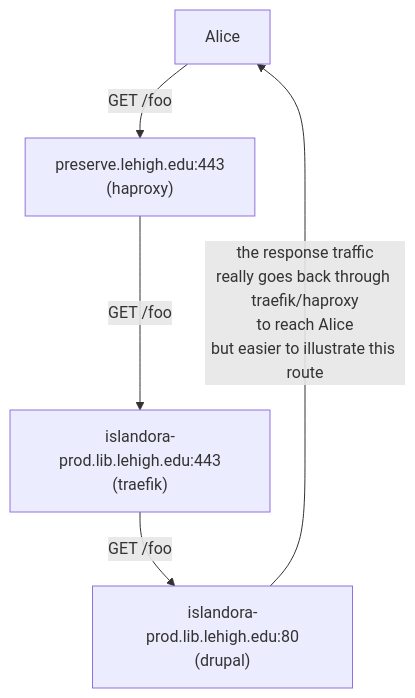
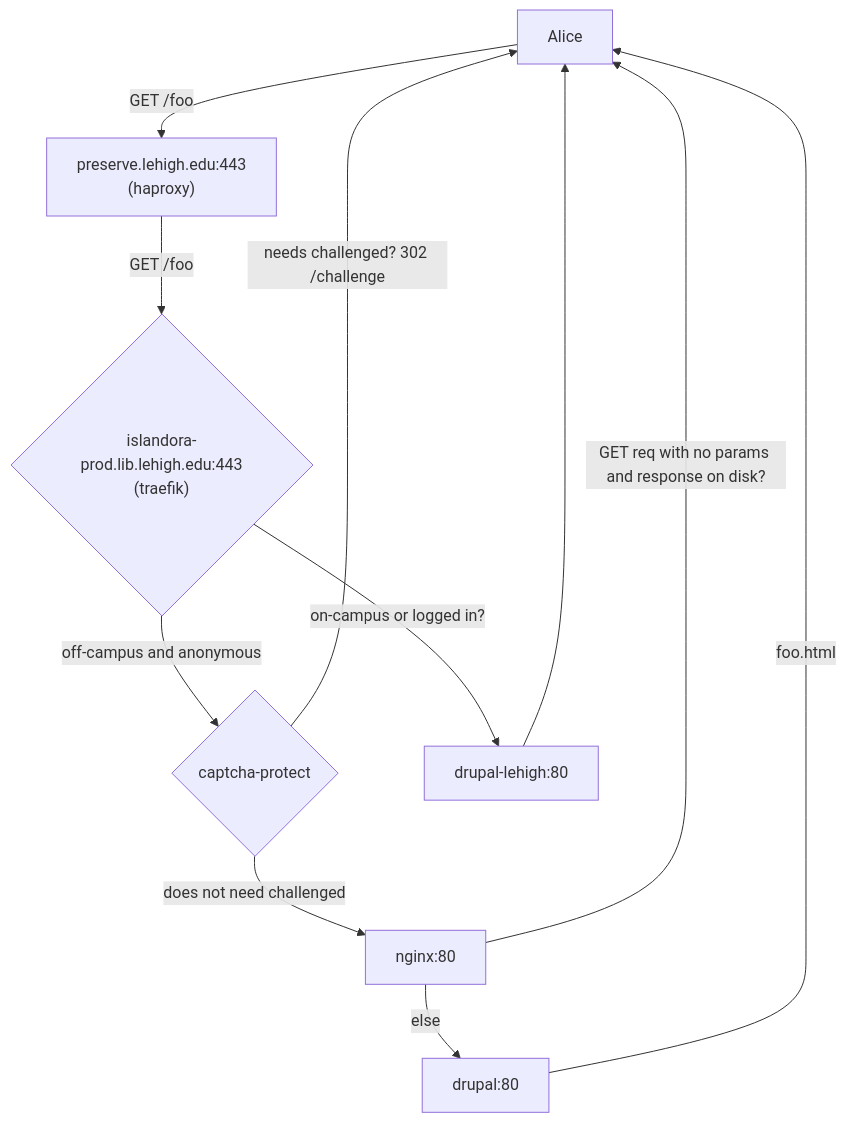
The first of 2 diagrams in README.md (lehigh-university-libraries/isle-preserve), drawn with Mermaid before and after one commit. The commit also changed 25 other files, not shown here.

Commit message:
High(er) availability rollouts (#26)

````diff
--- a/README.md
+++ b/README.md
@@ -34,11 +34,20 @@
 ```mermaid
 flowchart TD
     Alice[Alice]
     haproxy["preserve.lehigh.edu:443<br>(haproxy)"]
-    islandora-traefik["islandora-prod.lib.lehigh.edu:443<br>(traefik)"]
-    islandora-nginx-drupal["islandora-prod.lib.lehigh.edu:80<br>(drupal)"]
+    islandora-traefik{"islandora-prod.lib.lehigh.edu:443<br>(traefik)"}
+    captcha-protect{"captcha-protect"}
+    nginx["nginx:80"]
+    drupal-lehigh["drupal-lehigh:80"]
+    drupal["drupal:80"]
     Alice -- GET /foo --> haproxy
     haproxy -- GET /foo --> islandora-traefik
-    islandora-traefik -- GET /foo --> islandora-nginx-drupal
-    islandora-nginx-drupal -- "the response traffic<br>really goes back through traefik/haproxy<br>to reach Alice<br>but easier to illustrate this route" --> Alice
+    islandora-traefik -- off-campus and anonymous --> captcha-protect
+    islandora-traefik -- on-campus or logged in? --> drupal-lehigh
+    drupal-lehigh --> Alice
+    captcha-protect -- needs challenged? 302 /challenge --> Alice
+    captcha-protect -- does not need challenged --> nginx
+    nginx -- GET req with no params and response on disk? --> Alice
+    nginx -- else --> drupal
+    drupal -- foo.html --> Alice
 ```
````
